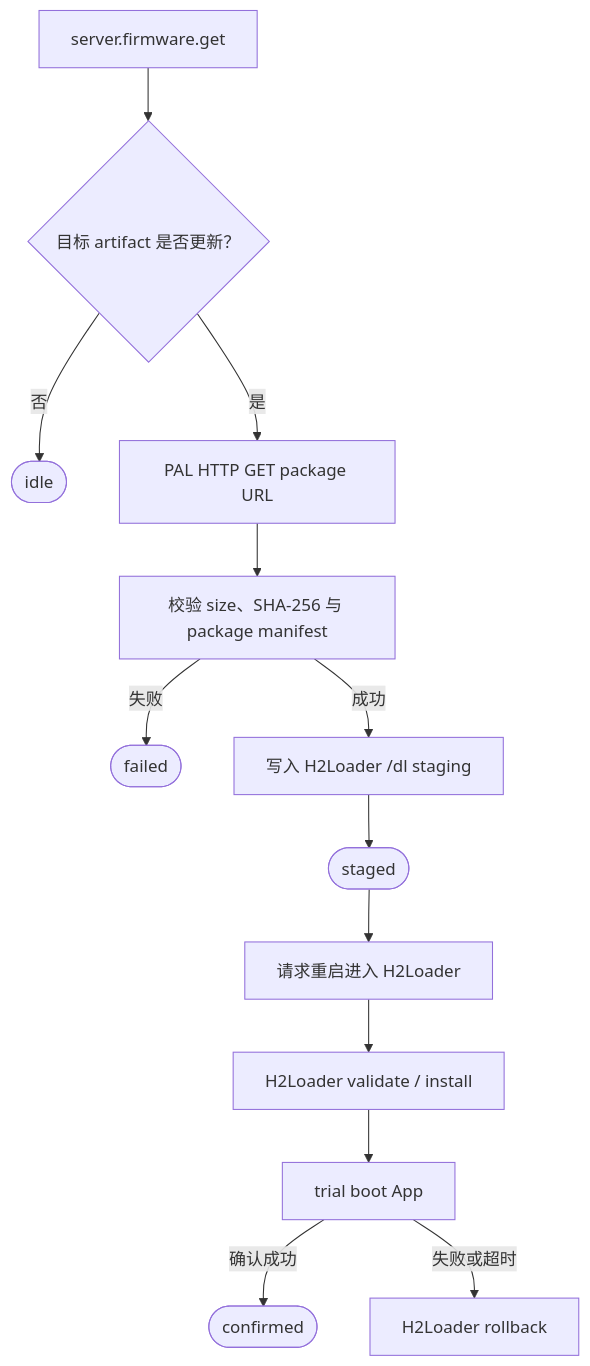
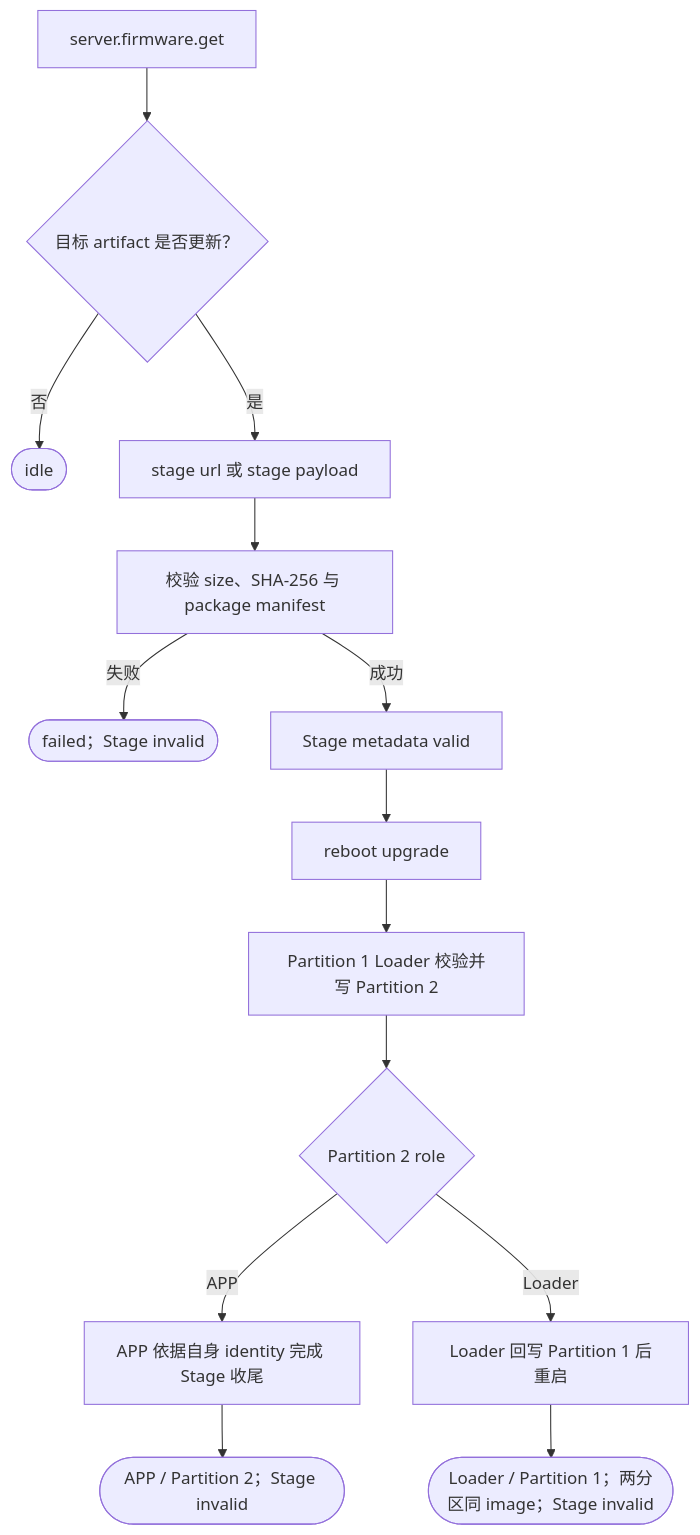
Before and after one commit to GizClaw/gizos: the diagram in guides/apps/gizclaw/ota.md, drawn with Mermaid. The commit also changed other lines of this file and 27 other files, not shown here.

````diff
--- a/guides/apps/gizclaw/ota.md
+++ b/guides/apps/gizclaw/ota.md
@@ -33,15 +33,16 @@
 ```mermaid
 flowchart TD
     Check["server.firmware.get"] --> Compare{"目标 artifact 是否更新？"}
     Compare -->|否| Idle(["idle"])
-    Compare -->|是| Download["PAL HTTP GET package URL"]
-    Download --> Verify["校验 size、SHA-256 与 package manifest"]
-    Verify -->|失败| Failed(["failed"])
-    Verify -->|成功| Stage["写入 H2Loader /dl staging"]
-    Stage --> Staged(["staged"])
-    Staged --> Install["请求重启进入 H2Loader"]
-    Install --> Loader["H2Loader validate / install"]
-    Loader --> Trial["trial boot App"]
-    Trial -->|确认成功| Confirmed(["confirmed"])
-    Trial -->|失败或超时| Rollback["H2Loader rollback"]
+    Compare -->|是| Stage["stage url 或 stage payload"]
+    Stage --> Verify["校验 size、SHA-256 与 package manifest"]
+    Verify -->|失败| Failed(["failed；Stage invalid"])
+    Verify -->|成功| Published["Stage metadata valid"]
+    Published --> Upgrade["reboot upgrade"]
+    Upgrade --> P1["Partition 1 Loader 校验并写 Partition 2"]
+    P1 --> P2{"Partition 2 role"}
+    P2 -->|APP| App["APP 依据自身 identity 完成 Stage 收尾"]
+    P2 -->|Loader| Loader["Loader 回写 Partition 1 后重启"]
+    App --> Done(["APP / Partition 2；Stage invalid"])
+    Loader --> DoneLoader(["Loader / Partition 1；两分区同 image；Stage invalid"])
 ```
````
